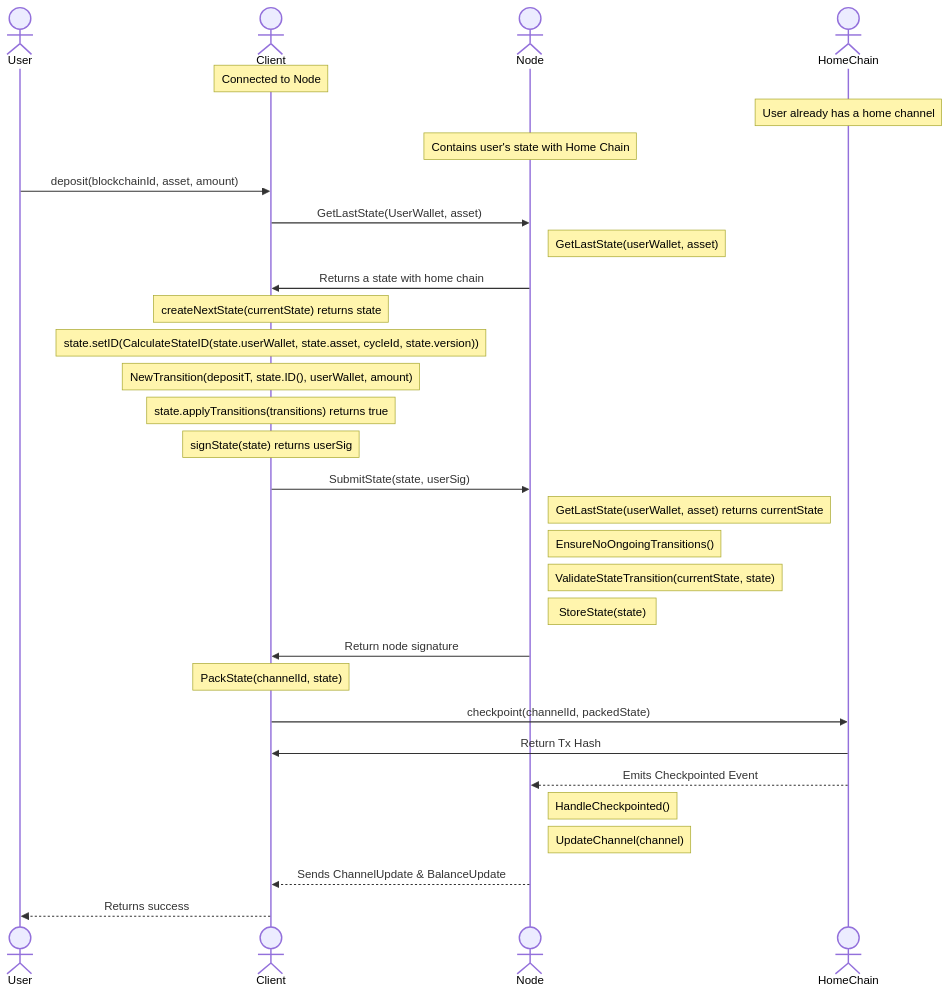
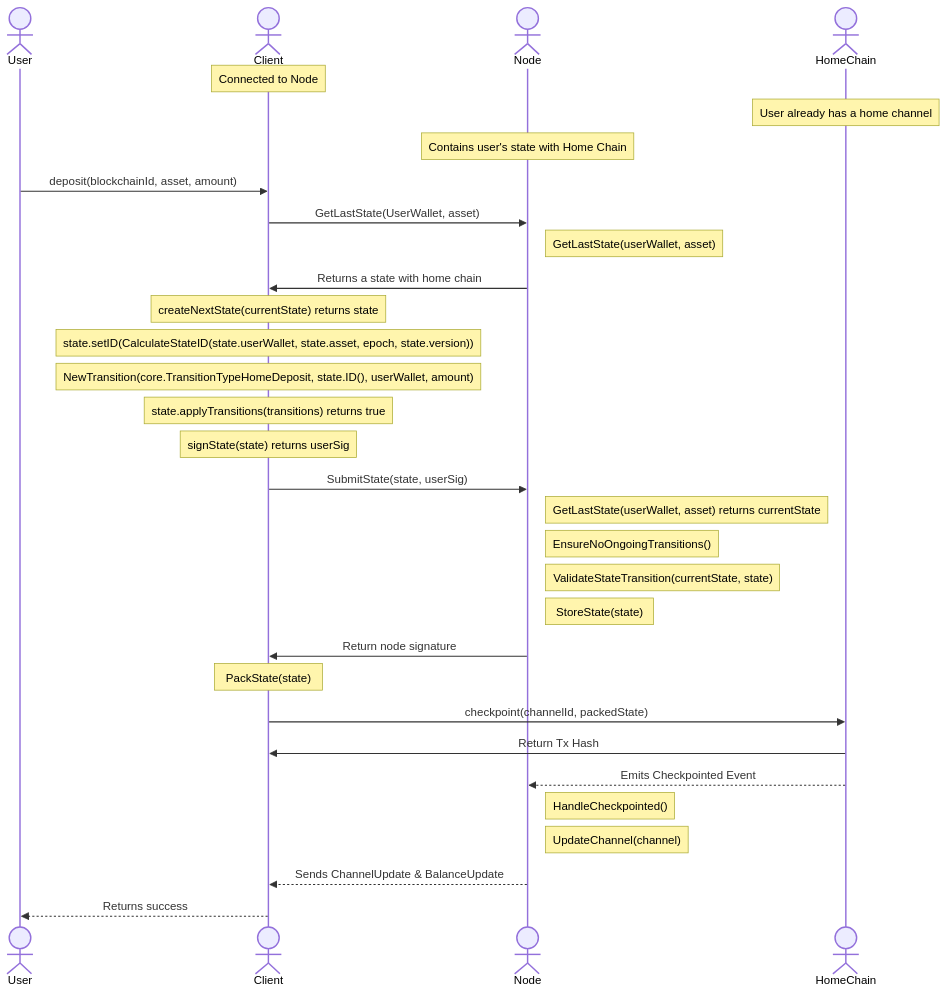
One commit to erc7824/nitrolite changed the diagram in docs/communication_flows/home_chan_deposit.mmd. Above: the diagram before and after it, drawn with Mermaid. The commit also changed 10 other files, not shown here.

```diff
--- a/docs/communication_flows/home_chan_deposit.mmd
+++ b/docs/communication_flows/home_chan_deposit.mmd
@@ -1,35 +1,35 @@
 sequenceDiagram
         actor User
         actor Client
         actor Node
         actor HomeChain
         Note over Client: Connected to Node
         Note over HomeChain: User already has a home channel
         Note over Node: Contains user's state with Home Chain 
 
         User->>Client: deposit(blockchainId, asset, amount)
         Client->>Node: GetLastState(UserWallet, asset)
         Note right of Node: GetLastState(userWallet, asset)
         Node->>Client: Returns a state with home chain
         %% Note over Client: Check current state transitions
         Note over Client: createNextState(currentState) returns state
-        Note over Client: state.setID(CalculateStateID(state.userWallet, state.asset, cycleId, state.version))
-        Note over Client: NewTransition(depositT, state.ID(), userWallet, amount)
+        Note over Client: state.setID(CalculateStateID(state.userWallet, state.asset, epoch, state.version))
+        Note over Client: NewTransition(core.TransitionTypeHomeDeposit, state.ID(), userWallet, amount)
         Note over Client: state.applyTransitions(transitions) returns true
         Note over Client: signState(state) returns userSig
 
         Client->>Node: SubmitState(state, userSig)
         Note right of Node: GetLastState(userWallet, asset) returns currentState
         Note right of Node: EnsureNoOngoingTransitions()
         Note right of Node: ValidateStateTransition(currentState, state)
         Note right of Node: StoreState(state)
         Node->>Client: Return node signature
 
-        Note over Client: PackState(channelId, state)
+        Note over Client: PackState(state)
         Client->>HomeChain: checkpoint(channelId, packedState)
         HomeChain->>Client: Return Tx Hash
         HomeChain-->>Node: Emits Checkpointed Event
         Note right of Node: HandleCheckpointed()
         Note right of Node: UpdateChannel(channel)
         Node-->>Client: Sends ChannelUpdate & BalanceUpdate
         Client-->>User: Returns success
```
